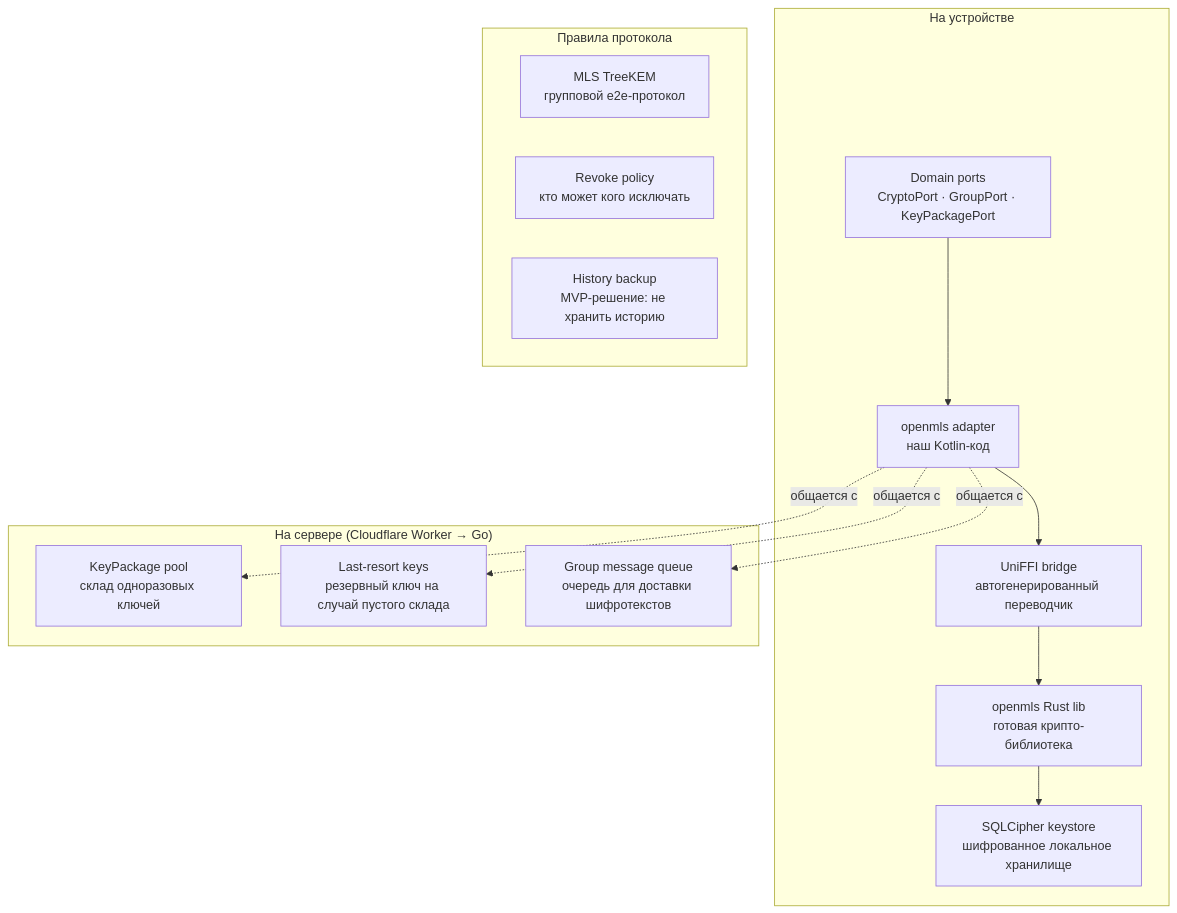
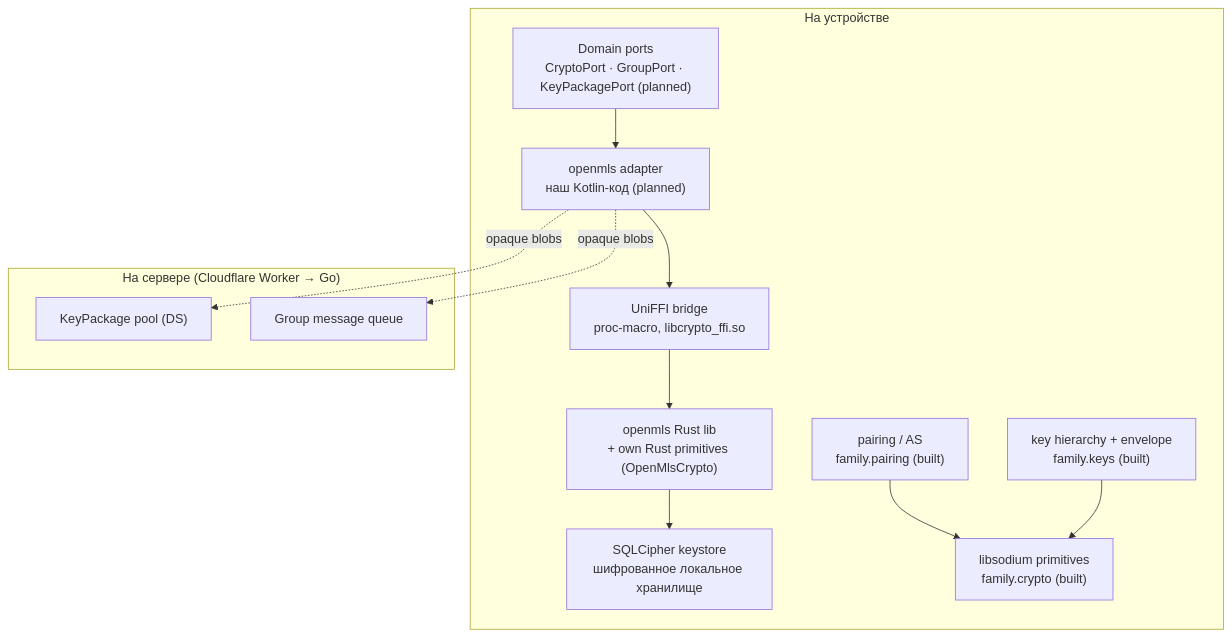
One commit to jeromwork/launcher changed the diagram in docs/architecture/crypto.md. Above: the diagram before and after it, drawn with Mermaid. The commit also changed other lines of this file and 14 other files, not shown here.

````diff
--- a/docs/architecture/crypto.md
+++ b/docs/architecture/crypto.md
@@ -254,25 +119,23 @@
 ```mermaid
 flowchart TB
     subgraph client["На устройстве"]
-        C1["Domain ports<br/>CryptoPort · GroupPort · KeyPackagePort"]
-        C2["openmls adapter<br/>наш Kotlin-код"]
-        C3["UniFFI bridge<br/>автогенерированный переводчик"]
-        C4["openmls Rust lib<br/>готовая крипто-библиотека"]
+        C1["Domain ports<br/>CryptoPort · GroupPort · KeyPackagePort (planned)"]
+        C2["openmls adapter<br/>наш Kotlin-код (planned)"]
+        C3["UniFFI bridge<br/>proc-macro, libcrypto_ffi.so"]
+        C4["openmls Rust lib<br/>+ own Rust primitives (OpenMlsCrypto)"]
         C5["SQLCipher keystore<br/>шифрованное локальное хранилище"]
+        K1["libsodium primitives<br/>family.crypto (built)"]
+        K2["key hierarchy + envelope<br/>family.keys (built)"]
+        P1["pairing / AS<br/>family.pairing (built)"]
     end
     subgraph server["На сервере (Cloudflare Worker → Go)"]
-        S1["KeyPackage pool<br/>склад одноразовых ключей"]
-        S2["Last-resort keys<br/>резервный ключ на случай пустого склада"]
-        S3["Group message queue<br/>очередь для доставки шифротекстов"]
-    end
-    subgraph rules["Правила протокола"]
-        R1["MLS TreeKEM<br/>групповой e2e-протокол"]
-        R2["Revoke policy<br/>кто может кого исключать"]
-        R3["History backup<br/>MVP-решение: не хранить историю"]
+        S1["KeyPackage pool (DS)"]
+        S3["Group message queue"]
     end
 
     C1 --> C2 --> C3 --> C4 --> C5
-    C2 -.->|общается с| S1
-    C2 -.->|общается с| S2
-    C2 -.->|общается с| S3
+    P1 --> K1
+    K2 --> K1
+    C2 -.->|opaque blobs| S1
+    C2 -.->|opaque blobs| S3
 ```
````
